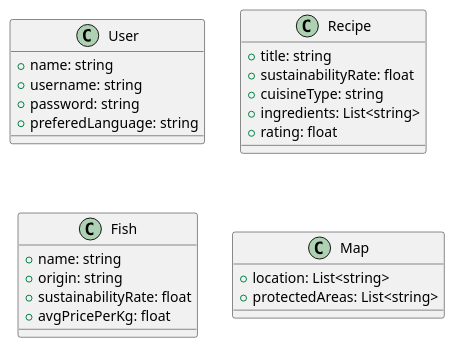
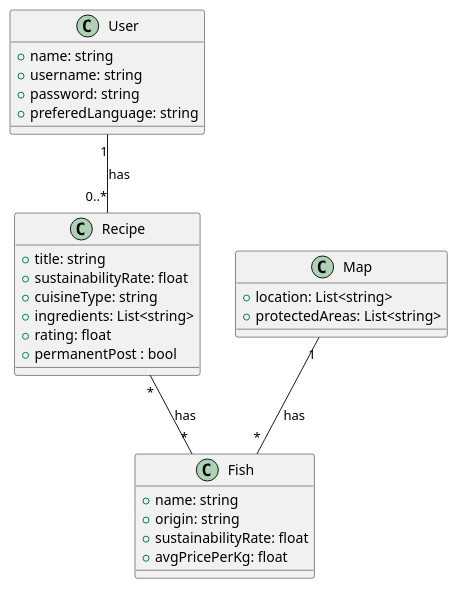
One commit to PedroLunet/MarineChoice changed the diagram in model.puml. Above: the diagram before and after it, drawn with PlantUML. The commit also changed 1 other file, not shown here.

```diff
--- a/model.puml
+++ b/model.puml
@@ -1,32 +1,36 @@
 @startuml domain modeling
 
 class User {
     + name: string
     + username: string
     + password: string
     + preferedLanguage: string
 }
 
 class Recipe {
     + title: string
     + sustainabilityRate: float
     + cuisineType: string
     + ingredients: List<string>
     + rating: float
+    + permanentPost : bool
 }
+
 
 class Fish {
     + name: string
     + origin: string
     + sustainabilityRate: float
     + avgPricePerKg: float
 }
 
 class Map {
     + location: List<string>
     + protectedAreas: List<string>
 }
 
 
-
+User "1" -- "0..*" Recipe : has
+Map "1" -- "*" Fish : has
+Recipe "*" -- "*" Fish : has
 @enduml
```
